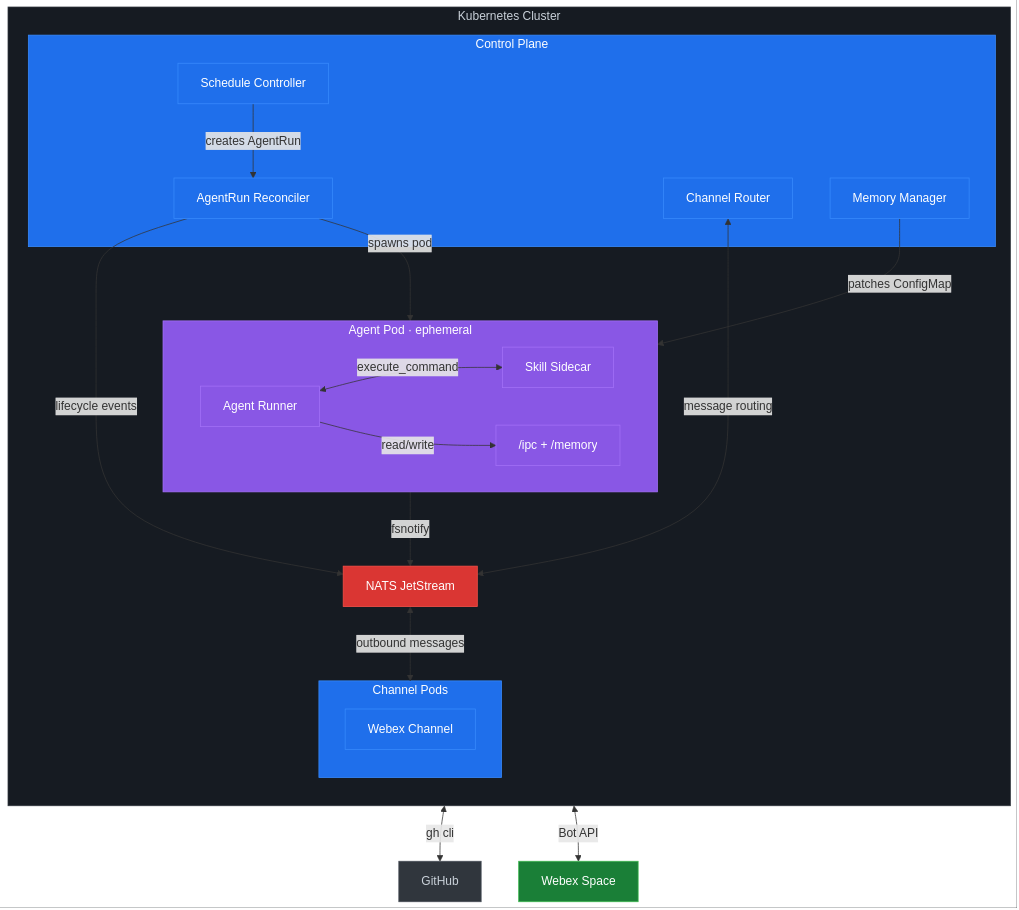
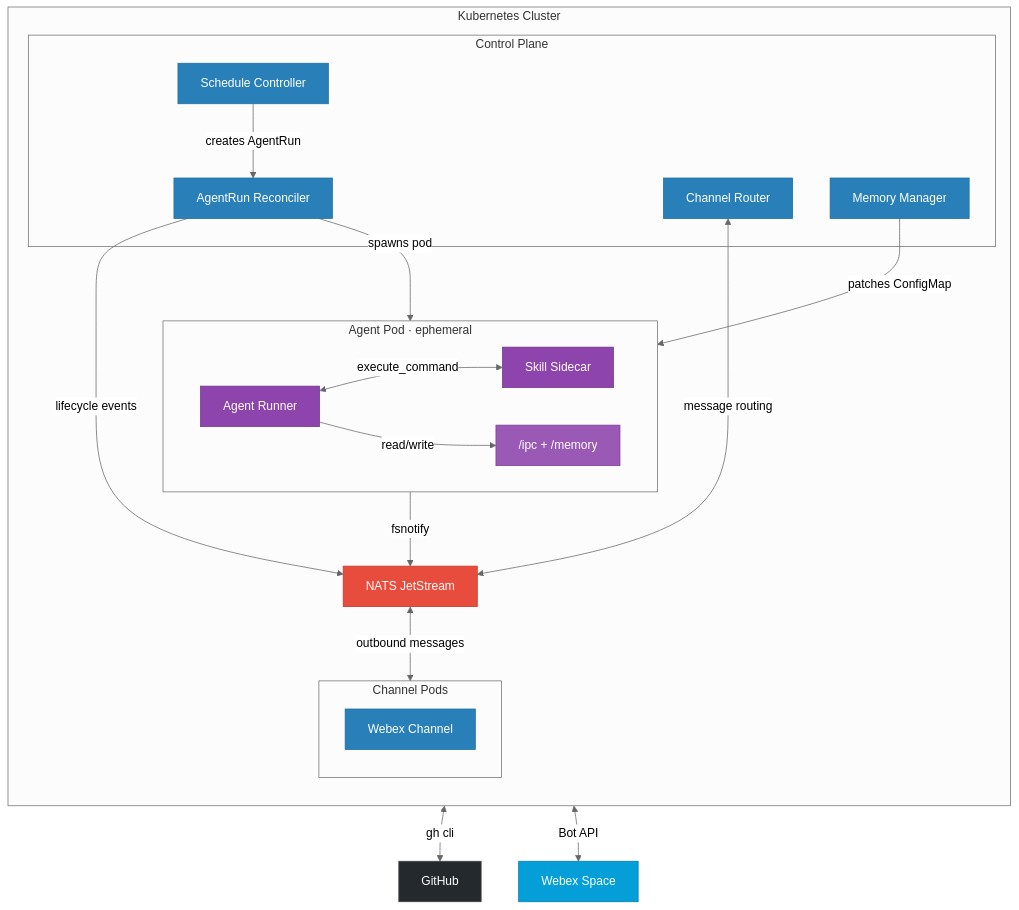
The first of 6 diagrams in ARCHITECTURE.md (artdroz/deep-agents-demo), drawn with Mermaid before and after one commit.

Commit message:
docs: fix diagram contrast - neutral theme with light subgraph backgrounds

````diff
--- a/ARCHITECTURE.md
+++ b/ARCHITECTURE.md
@@ -9,59 +9,56 @@
 ```mermaid
+%%{init: {'theme': 'neutral'}}%%
 graph TB
-    subgraph K8s["Kubernetes Cluster"]
+    subgraph K8s [Kubernetes Cluster]
         direction TB
 
-        subgraph Control["Control Plane"]
-            Sched["Schedule Controller"]
-            Recon["AgentRun Reconciler"]
-            ChanR["Channel Router"]
-            MemMgr["Memory Manager"]
+        subgraph Control [Control Plane]
+            Sched[Schedule Controller]
+            Recon[AgentRun Reconciler]
+            ChanR[Channel Router]
+            MemMgr[Memory Manager]
             Sched -->|creates AgentRun| Recon
         end
 
-        NATS["NATS JetStream"]
+        NATS[NATS JetStream]
         Recon -->|lifecycle events| NATS
         ChanR <-->|message routing| NATS
 
-        subgraph Agent["Agent Pod · ephemeral"]
+        subgraph Agent [Agent Pod · ephemeral]
             direction LR
-            Runner["Agent Runner"]
-            Sidecar["Skill Sidecar"]
+            Runner[Agent Runner]
+            Sidecar[Skill Sidecar]
             IPC["/ipc + /memory"]
             Runner <-->|execute_command| Sidecar
             Runner -->|read/write| IPC
         end
 
         Recon -->|spawns pod| Agent
         IPC -->|fsnotify| NATS
 
-        subgraph Chan["Channel Pods"]
-            Webex["Webex Channel"]
+        subgraph Chan [Channel Pods]
+            Webex[Webex Channel]
         end
 
         NATS <-->|outbound messages| Chan
         MemMgr -->|patches ConfigMap| IPC
     end
 
-    GH["GitHub"]
-    WX["Webex Space"]
+    GH[GitHub]
+    WX[Webex Space]
 
     Sidecar <-->|gh cli| GH
     Webex <-->|Bot API| WX
 
-    style K8s fill:#161b22,stroke:#30363d,color:#c9d1d9
-    style Control fill:#1f6feb,stroke:#388bfd,color:#fff
-    style Agent fill:#8957e5,stroke:#a371f7,color:#fff
-    style Chan fill:#1f6feb,stroke:#388bfd,color:#fff
-    style NATS fill:#da3633,stroke:#f85149,color:#fff
-    style GH fill:#30363d,stroke:#484f58,color:#c9d1d9
-    style WX fill:#1a7f37,stroke:#3fb950,color:#fff
-    style Sched fill:#1f6feb,stroke:#388bfd,color:#fff
-    style Recon fill:#1f6feb,stroke:#388bfd,color:#fff
-    style ChanR fill:#1f6feb,stroke:#388bfd,color:#fff
-    style MemMgr fill:#1f6feb,stroke:#388bfd,color:#fff
-    style Runner fill:#8957e5,stroke:#a371f7,color:#fff
-    style Sidecar fill:#8957e5,stroke:#a371f7,color:#fff
-    style IPC fill:#8957e5,stroke:#a371f7,color:#fff
-    style Webex fill:#1f6feb,stroke:#388bfd,color:#fff
+    style NATS fill:#e74c3c,stroke:#c0392b,color:#fff
+    style GH fill:#24292e,stroke:#444,color:#fff
+    style WX fill:#049fd9,stroke:#037bb5,color:#fff
+    style Sched fill:#2980b9,stroke:#1a6da0,color:#fff
+    style Recon fill:#2980b9,stroke:#1a6da0,color:#fff
+    style ChanR fill:#2980b9,stroke:#1a6da0,color:#fff
+    style MemMgr fill:#2980b9,stroke:#1a6da0,color:#fff
+    style Runner fill:#8e44ad,stroke:#71368a,color:#fff
+    style Sidecar fill:#8e44ad,stroke:#71368a,color:#fff
+    style IPC fill:#9b59b6,stroke:#7d3c98,color:#fff
+    style Webex fill:#2980b9,stroke:#1a6da0,color:#fff
 ```
````
